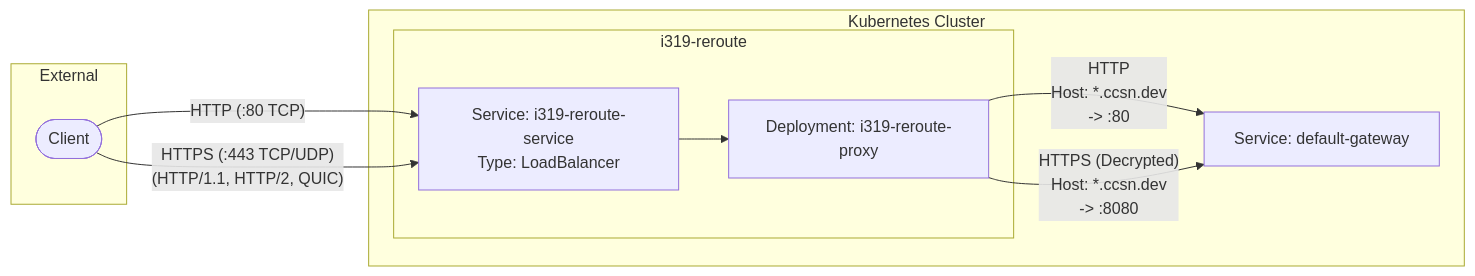
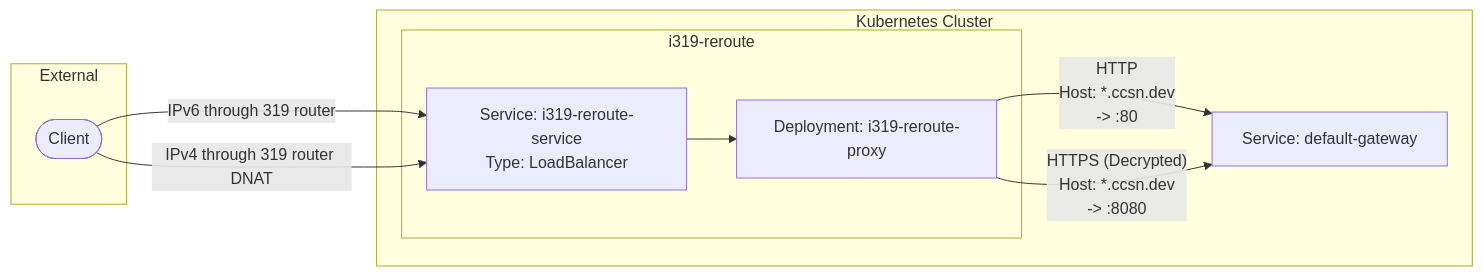
The diagram in infra/configs/base/i319-reroute/README.md (the-ccsn/k8s-gitops), drawn with Mermaid before and after one commit. The commit also changed other lines of this file and 10 other files, not shown here.

````diff
--- a/infra/configs/base/i319-reroute/README.md
+++ b/infra/configs/base/i319-reroute/README.md
@@ -9,25 +97,25 @@
 ```mermaid
 graph LR
     subgraph External
         Client([Client])
     end
 
     subgraph Kubernetes Cluster
         subgraph i319-reroute
             LB[Service: i319-reroute-service<br/>Type: LoadBalancer]
             
             RerouteProxy[Deployment: i319-reroute-proxy]
 
         end
         GatewaySVC[Service: default-gateway]
     end
 
-    Client -- "HTTP (:80 TCP)" --> LB
-    Client -- "HTTPS (:443 TCP/UDP)<br/>(HTTP/1.1, HTTP/2, QUIC)" --> LB
+    Client -- "IPv6 through 319 router" --> LB
+    Client -- "IPv4 through 319 router DNAT" --> LB
     
     LB --> RerouteProxy
     
     RerouteProxy -- "HTTP<br/>Host: *.ccsn.dev<br/>-> :80" --> GatewaySVC
     RerouteProxy -- "HTTPS (Decrypted)<br/>Host: *.ccsn.dev<br/>-> :8080" --> GatewaySVC
 
 ```
````
